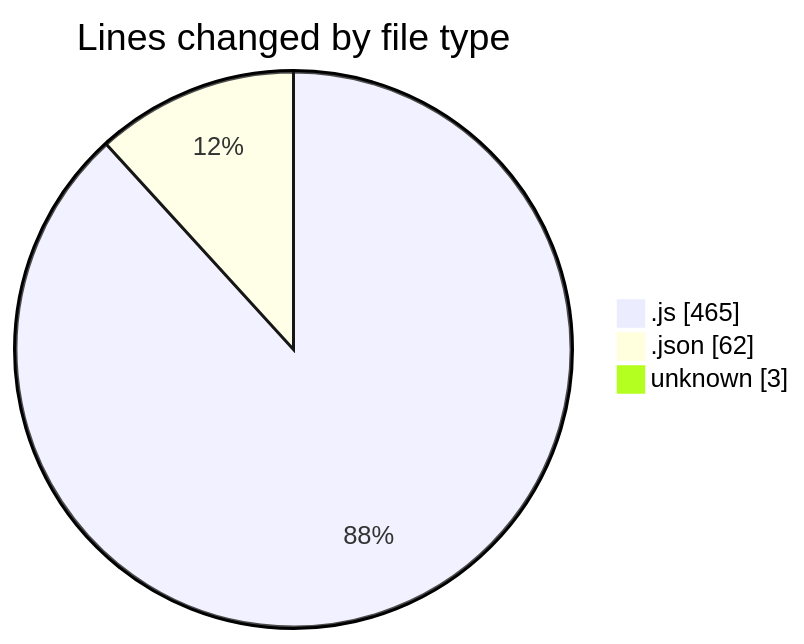
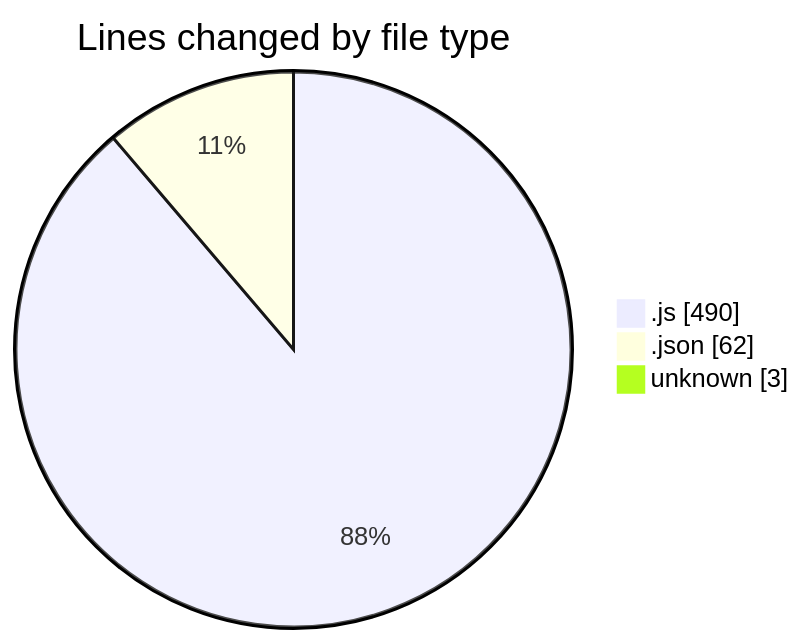
Before and after one commit to Ritupan-Deka/code-tracking: the first of 2 diagrams in 2025-07-02/mern-thinkboard/README.md, drawn with Mermaid. The commit also changed other lines of this file and 1 other file, not shown here.

````diff
--- a/2025-07-02/mern-thinkboard/README.md
+++ b/2025-07-02/mern-thinkboard/README.md
@@ -28,7 +29,7 @@
 ```mermaid
 pie showData
 title Lines changed by file type
-".js" : 465
+".js" : 490
 ".json" : 62
 "unknown" : 3
 ```
````
